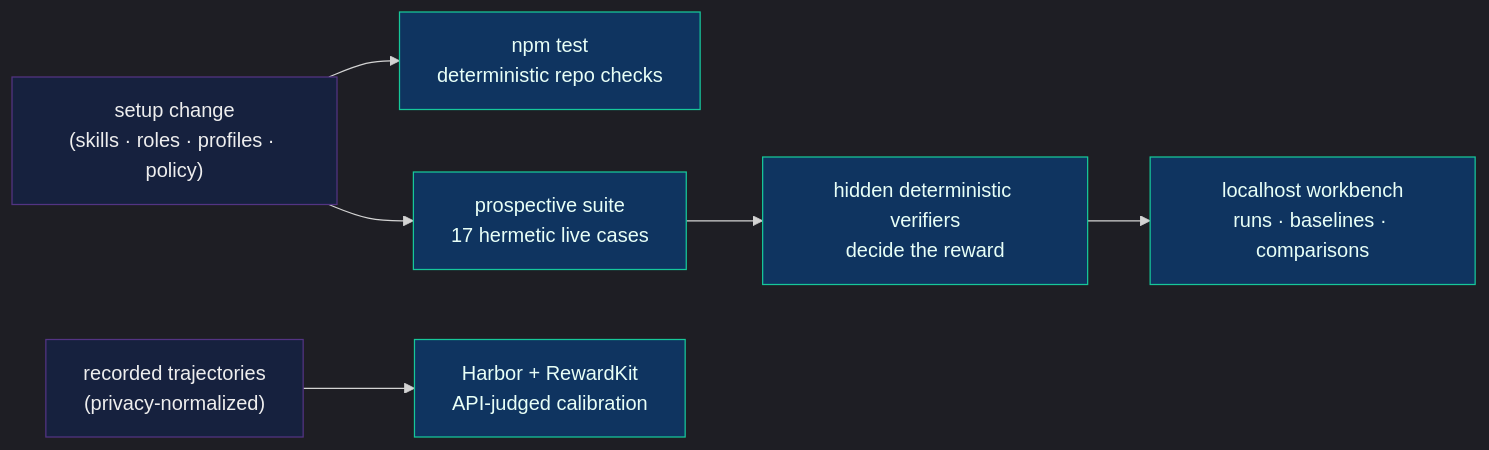
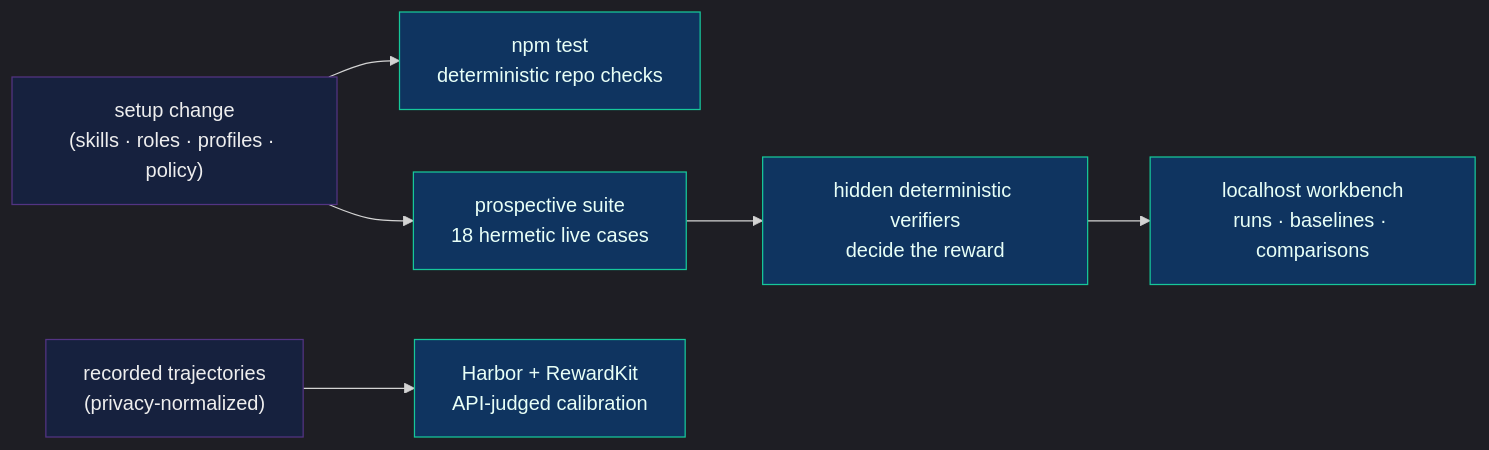
Before and after one commit to nourhelmi/pi-meta-harness: the second of 2 diagrams in README.md, drawn with Mermaid. The commit also changed other lines of this file and 23 other files, not shown here.

````diff
--- a/README.md
+++ b/README.md
@@ -198,17 +198,17 @@
 ```mermaid
 ---
 config:
   theme: dark
 ---
 flowchart LR
   Change["setup change\n(skills · roles · profiles · policy)"] --> Det["npm test\ndeterministic repo checks"]
-  Change --> Pro["prospective suite\n17 hermetic live cases"]
+  Change --> Pro["prospective suite\n18 hermetic live cases"]
   Rec["recorded trajectories\n(privacy-normalized)"] --> Harbor["Harbor + RewardKit\nAPI-judged calibration"]
   Pro --> Verify["hidden deterministic verifiers\ndecide the reward"]
   Verify --> Bench["localhost workbench\nruns · baselines · comparisons"]
 
   classDef in fill:#16213e,stroke:#533483,color:#eee
   classDef check fill:#0f3460,stroke:#16c79a,color:#e8fff7
   class Change,Rec in
   class Det,Pro,Harbor,Verify,Bench check
 ```
````
